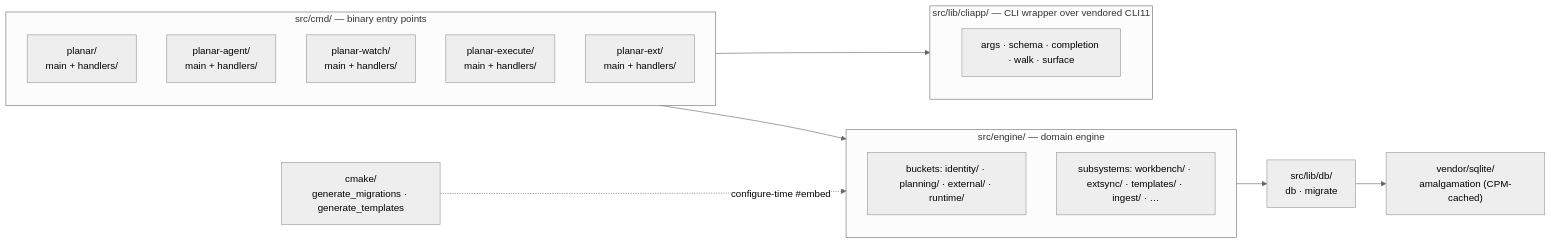
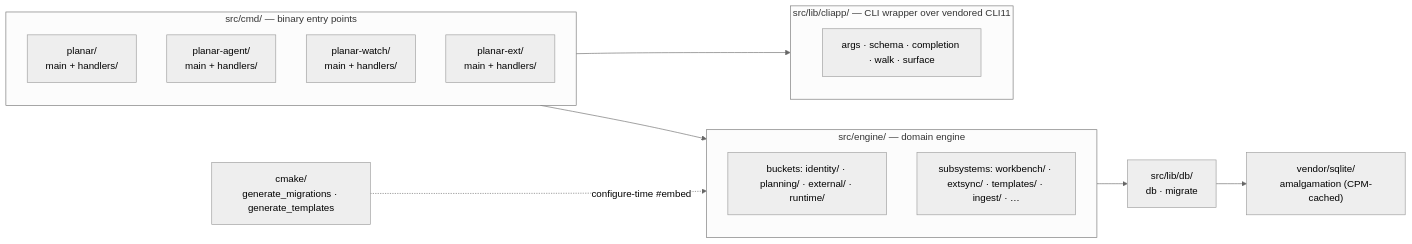
Before and after one commit to rdrsss/planar: the second of 2 diagrams in docs/architecture.md, drawn with Mermaid (neutral theme). The commit also changed other lines of this file and 1498 other files, not shown here.

````diff
--- a/docs/architecture.md
+++ b/docs/architecture.md
@@ -359,29 +338,28 @@
 ```mermaid
 flowchart LR
     subgraph CMD["src/cmd/ — binary entry points"]
         P["planar/<br/>main + handlers/"]
         PA["planar-agent/<br/>main + handlers/"]
         PW["planar-watch/<br/>main + handlers/"]
-        PX["planar-execute/<br/>main + handlers/"]
         PE["planar-ext/<br/>main + handlers/"]
     end
 
     subgraph CLI["src/lib/cliapp/ — CLI wrapper over vendored CLI11"]
         CLI1["args · schema · completion · walk · surface"]
     end
 
     subgraph ENG["src/engine/ — domain engine"]
         EB["buckets: identity/ · planning/ · external/ · runtime/"]
         ES["subsystems: workbench/ · extsync/ · templates/ · ingest/ · …"]
     end
 
     DBM["src/lib/db/<br/>db · migrate"]
     CODEGEN["cmake/<br/>generate_migrations · generate_templates"]
     VEND["vendor/sqlite/<br/>amalgamation (CPM-cached)"]
 
     CMD --> CLI
     CMD --> ENG
     ENG --> DBM
     DBM --> VEND
     CODEGEN -.->|configure-time #embed| ENG
 ```
````
